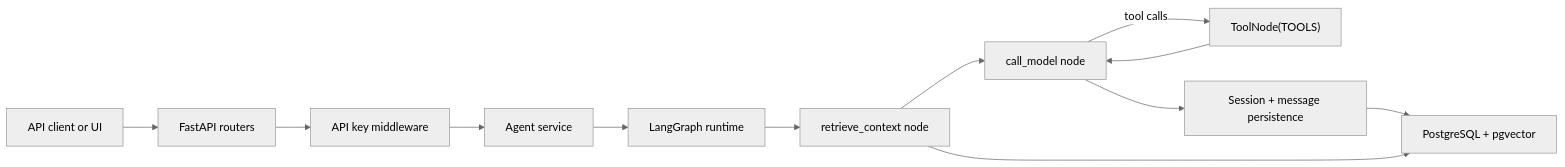
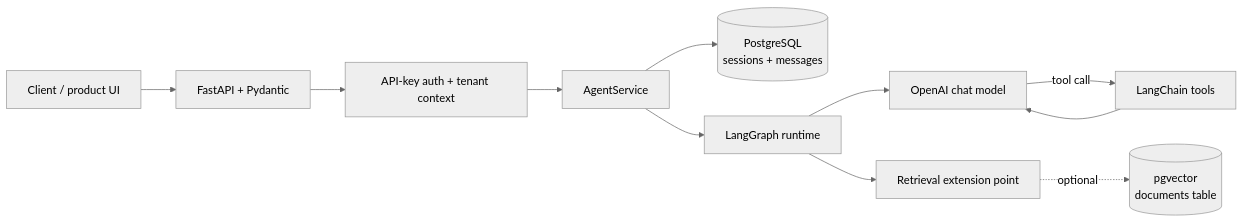
The diagram in README.md (IgnazioDS/langgraph-fastapi-starter), drawn with Mermaid (neutral theme) before and after one commit. The commit also changed other lines of this file and 12 other files, not shown here.

````diff
--- a/README.md
+++ b/README.md
@@ -29,14 +96,13 @@
 ```mermaid
 flowchart LR
-    Client["API client or UI"] --> Router["FastAPI routers"]
-    Router --> Auth["API key middleware"]
-    Auth --> Service["Agent service"]
+    Client["Client / product UI"] --> API["FastAPI + Pydantic"]
+    API --> Auth["API-key auth + tenant context"]
+    Auth --> Service["AgentService"]
+    Service --> History[("PostgreSQL<br/>sessions + messages")]
     Service --> Graph["LangGraph runtime"]
-    Graph --> Retrieve["retrieve_context node"]
-    Retrieve --> Model["call_model node"]
-    Model -->|tool calls| Tools["ToolNode(TOOLS)"]
-    Tools --> Model
-    Model --> Persistence["Session + message persistence"]
-    Persistence --> Postgres["PostgreSQL + pgvector"]
-    Retrieve --> Postgres
+    Graph --> LLM["OpenAI chat model"]
+    LLM -->|tool call| Tools["LangChain tools"]
+    Tools --> LLM
+    Graph --> Retrieval["Retrieval extension point"]
+    Retrieval -. optional .-> Vector[("pgvector<br/>documents table")]
 ```
````
